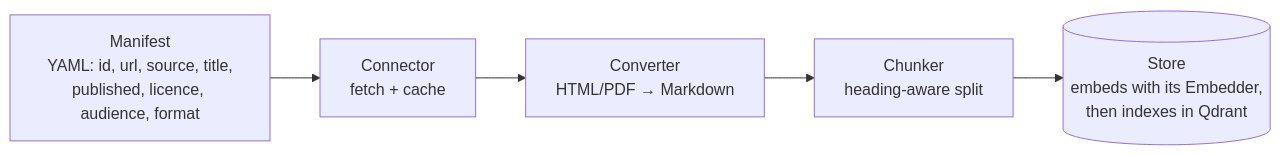
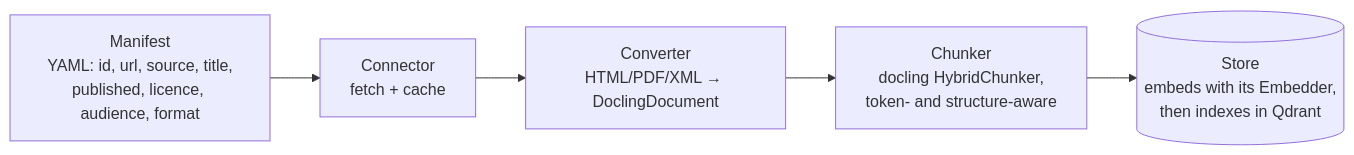
Before and after one commit to Aziz-Zeghal/endometriosis-rag: the first of 2 diagrams in docs/architecture.md, drawn with Mermaid. The commit also changed other lines of this file and 104 other files, not shown here.

First line of the commit message:
feat(ingestion): docling HybridChunker with the embedder's tokenizer and page provenance

````diff
--- a/docs/architecture.md
+++ b/docs/architecture.md
@@ -24,7 +24,7 @@
 ```mermaid
 flowchart LR
     M[Manifest<br/>YAML: id, url, source, title,<br/>published, licence, audience, format] --> C[Connector<br/>fetch + cache]
-    C --> V[Converter<br/>HTML/PDF → Markdown]
-    V --> K[Chunker<br/>heading-aware split]
+    C --> V[Converter<br/>HTML/PDF/XML → DoclingDocument]
+    V --> K[Chunker<br/>docling HybridChunker,<br/>token- and structure-aware]
     K --> S[(Store<br/>embeds with its Embedder,<br/>then indexes in Qdrant)]
 ```
````
